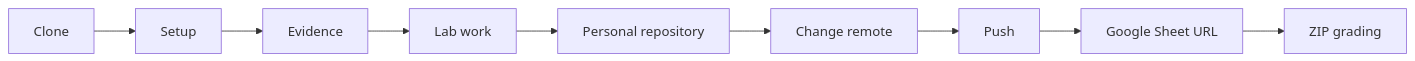
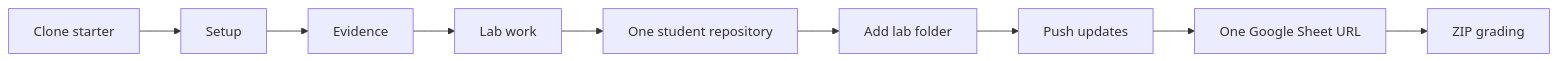
One commit to nhan-four/FIT4110_Student_Kit changed the diagram in 01_Getting_Started/COURSE_WORKFLOW.md. Above: the diagram before and after it, drawn with Mermaid. The commit also changed other lines of this file and 4 other files, not shown here.

Commit message:
docs: use one student repository for all labs

````diff
--- a/01_Getting_Started/COURSE_WORKFLOW.md
+++ b/01_Getting_Started/COURSE_WORKFLOW.md
@@ -5,4 +5,4 @@
 ```mermaid
 flowchart LR
-  C[Clone] --> S[Setup] --> E[Evidence] --> L[Lab work] --> R[Personal repository] --> M[Change remote] --> P[Push] --> G[Google Sheet URL] --> Z[ZIP grading]
+  C[Clone starter] --> S[Setup] --> E[Evidence] --> L[Lab work] --> R[One student repository] --> M[Add lab folder] --> P[Push updates] --> G[One Google Sheet URL] --> Z[ZIP grading]
 ```
````
